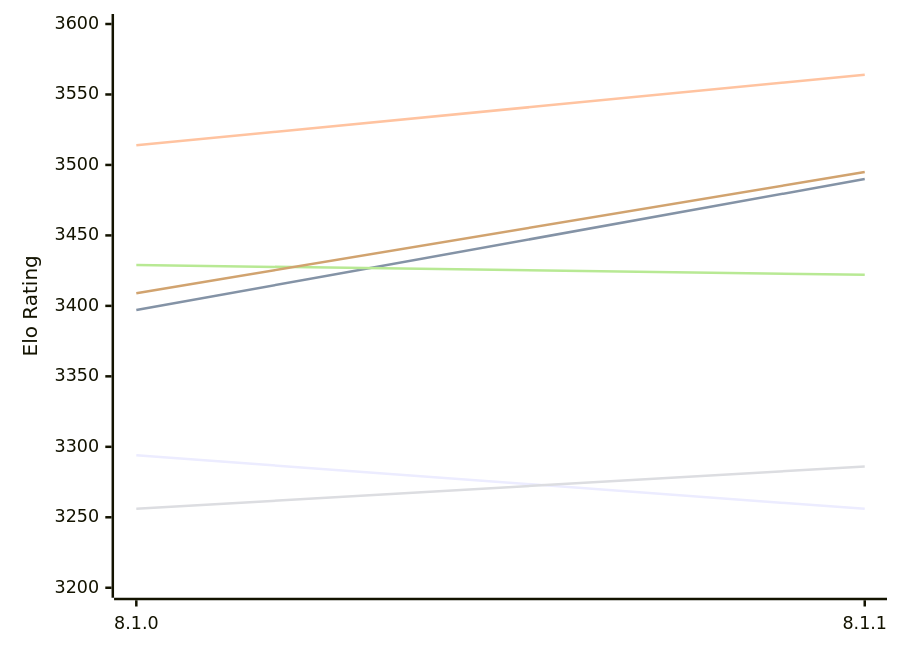
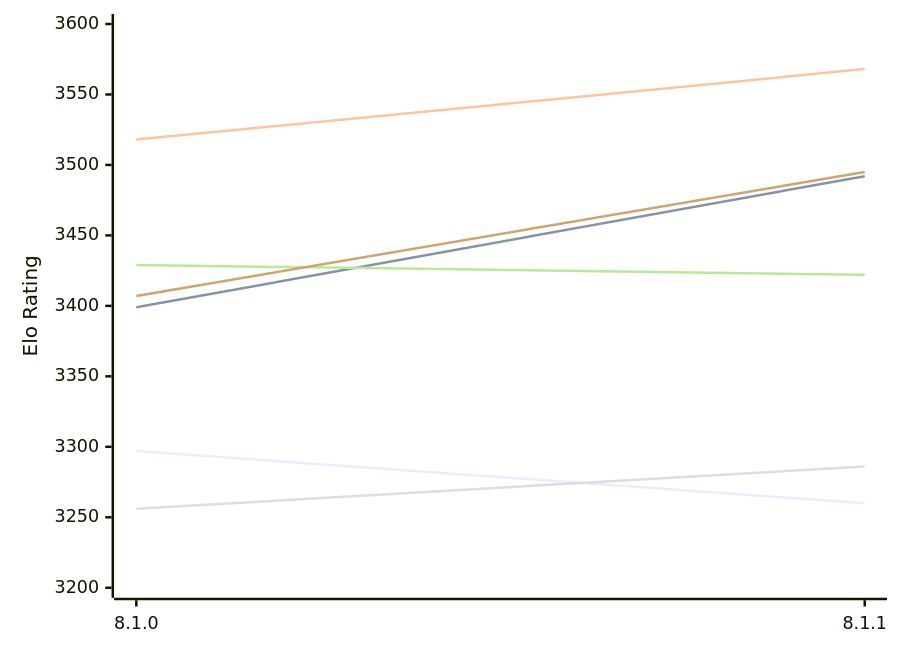
One commit to computer-chess-index/cci changed the first of 2 diagrams in engines/Velvet.md. Above: the diagram before and after it, drawn with Mermaid. The commit also changed other lines of this file, not shown here.

Commit message:
Update CCI Ratings (ELO VLTC) - 2026-11-22

````diff
--- a/engines/Velvet.md
+++ b/engines/Velvet.md
@@ -51,12 +51,12 @@
 ```mermaid
 %%{init: {"theme":"base","themeVariables":{"seriesColors:['#a3a3a3','#222221','#faa371']}}}%%
 xychart-beta
   x-axis ["8.1.0", "8.1.1"]
   y-axis "Elo Rating" 3200 --> 3600
-  line "E1: STC (8.0+0.08s)" [3294, 3256]
-  line "E1: LTC (60.0+0.60s)" [3397, 3490]
-  line "E1: VLTC (2m24s+1.12s)" [3514, 3564]
+  line "E1: STC (8.0+0.08s)" [3297, 3260]
+  line "E1: LTC (60.0+0.60s)" [3399, 3492]
+  line "E1: VLTC (2m24s+1.12s)" [3518, 3568]
   line "P1: STC (8.0+0.08s)" [3256, 3286]
   line "P1: LTC (60.0+0.60s)" [3429, 3422]
-  line "P1: VLTC (2m24s+1.12s)" [3409, 3495]
+  line "P1: VLTC (2m24s+1.12s)" [3407, 3495]
 ```
````
